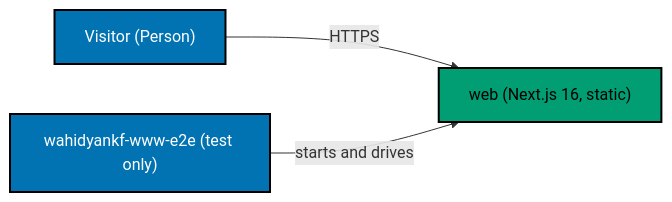
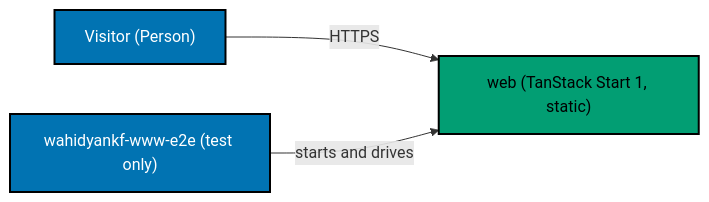
Before and after one commit to wahidyankf/wahidyankf.github.io: the second of 3 diagrams in specs/apps/wahidyankf-www/architecture.md, drawn with Mermaid. The commit also changed other lines of this file and 79 other files, not shown here.

Commit message:
feat: rewrite site to TanStack Start static export (#3)

````diff
--- a/specs/apps/wahidyankf-www/architecture.md
+++ b/specs/apps/wahidyankf-www/architecture.md
@@ -57,15 +57,15 @@
 ```mermaid
 flowchart LR
   accTitle: Container view of wahidyankf-www
   accDescr {
-    One Next.js container serves every route. The E2E project starts it over a local port.
+    One TanStack Start container serves every route. The E2E project starts it over a local port.
   }
-  V["Visitor (Person)"] -->|HTTPS| WEB["web (Next.js 16, static)"]
+  V["Visitor (Person)"] -->|HTTPS| WEB["web (TanStack Start 1, static)"]
   E2E["wahidyankf-www-e2e (test only)"] -->|starts and drives| WEB
   classDef default fill:#FFFFFF,stroke:#000000,color:#000000,stroke-width:2px
   classDef blue fill:#0173B2,stroke:#000000,color:#FFFFFF,stroke-width:2px
   classDef orange fill:#DE8F05,stroke:#000000,color:#000000,stroke-width:2px
   classDef teal fill:#029E73,stroke:#000000,color:#000000,stroke-width:2px
   class V,E2E blue
   class WEB teal
 ```
````
